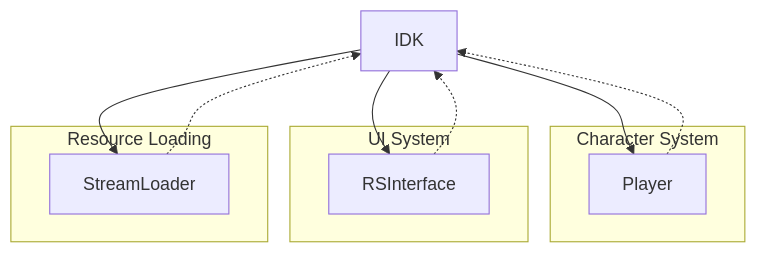
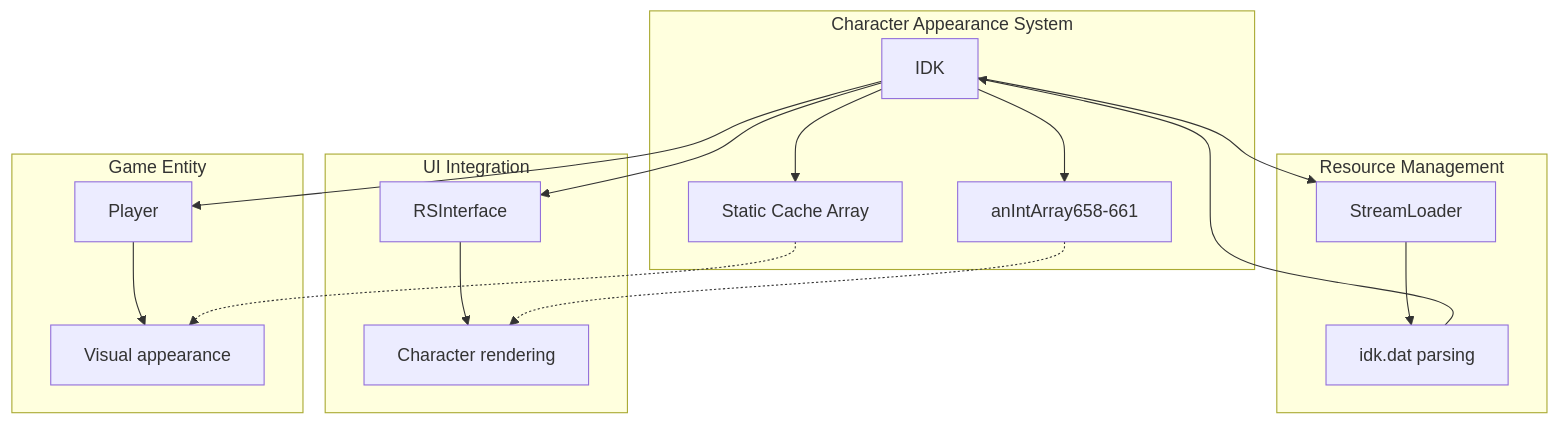
One commit to daxxog/solmud changed the diagram in bytecode/mapping/evidence/verified/IDK_TAVAECED.md. Above: the diagram before and after it, drawn with Mermaid. The commit also changed other lines of this file and 69 other files, not shown here.

````diff
--- a/bytecode/mapping/evidence/verified/IDK_TAVAECED.md
+++ b/bytecode/mapping/evidence/verified/IDK_TAVAECED.md
@@ -15,22 +17,27 @@
 ```mermaid
 graph TD
-    IDK --> Player[Player]
-    IDK --> RSInterface[RSInterface]
-    IDK --> StreamLoader[StreamLoader]
-
-    subgraph "Character System"
-        Player
+    IDK --> StreamLoader
+    IDK --> RSInterface
+    IDK --> Player
+    
+    subgraph "Character Appearance System"
+        IDK --> AppearanceArrays[anIntArray658-661]
+        IDK --> CacheSystem[Static Cache Array]
     end
-
-    subgraph "UI System"
-        RSInterface
+    
+    subgraph "Resource Management"
+        StreamLoader --> DataLoading[idk.dat parsing]
     end
-
-    subgraph "Resource Loading"
-        StreamLoader
+    
+    subgraph "UI Integration"
+        RSInterface --> CharacterDisplay[Character rendering]
     end
-
-    Player -.-> IDK
-    RSInterface -.-> IDK
-    StreamLoader -.-> IDK
+    
+    subgraph "Game Entity"
+        Player --> CharacterRendering[Visual appearance]
+    end
+    
+    AppearanceArrays -.-> CharacterDisplay
+    CacheSystem -.-> CharacterRendering
+    DataLoading --> IDK
 ```
````
